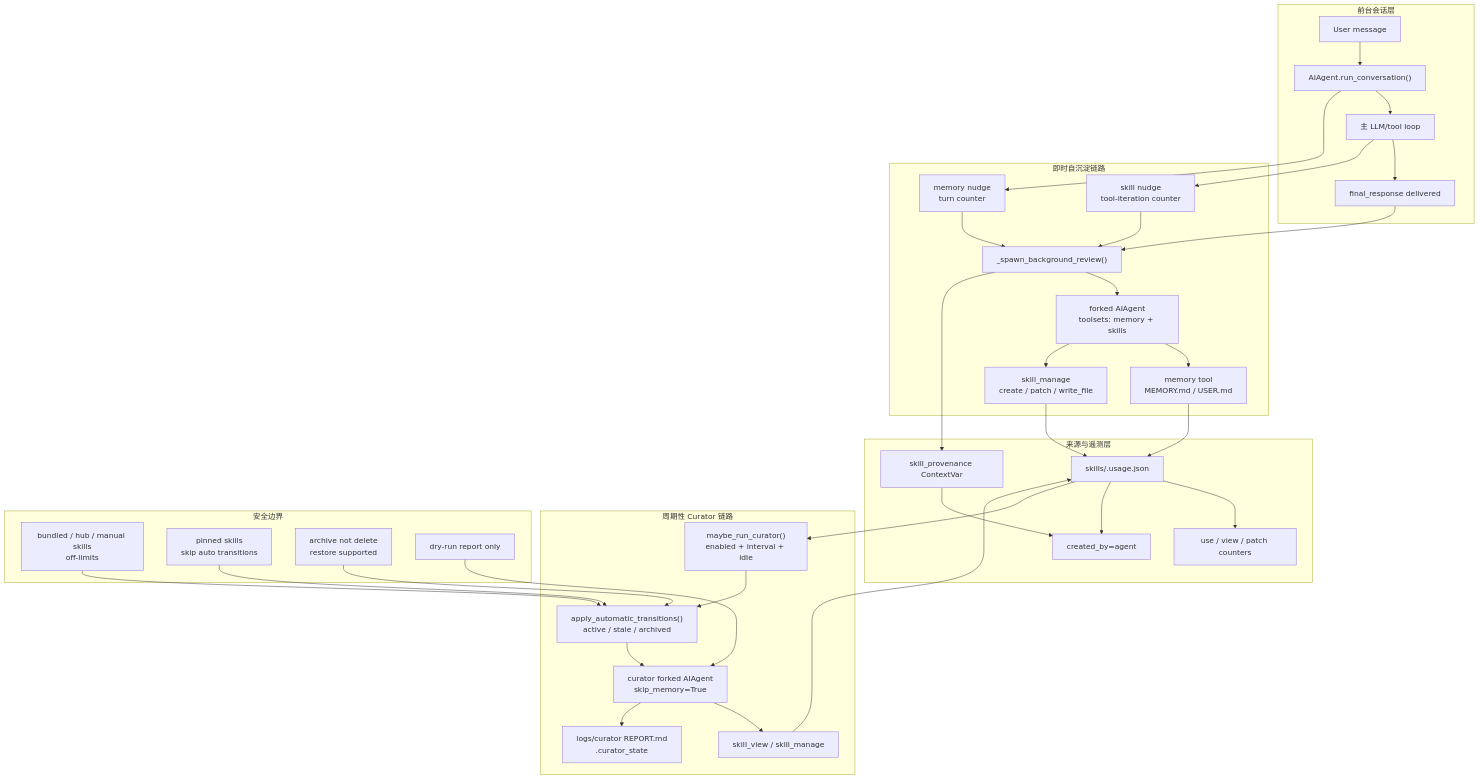
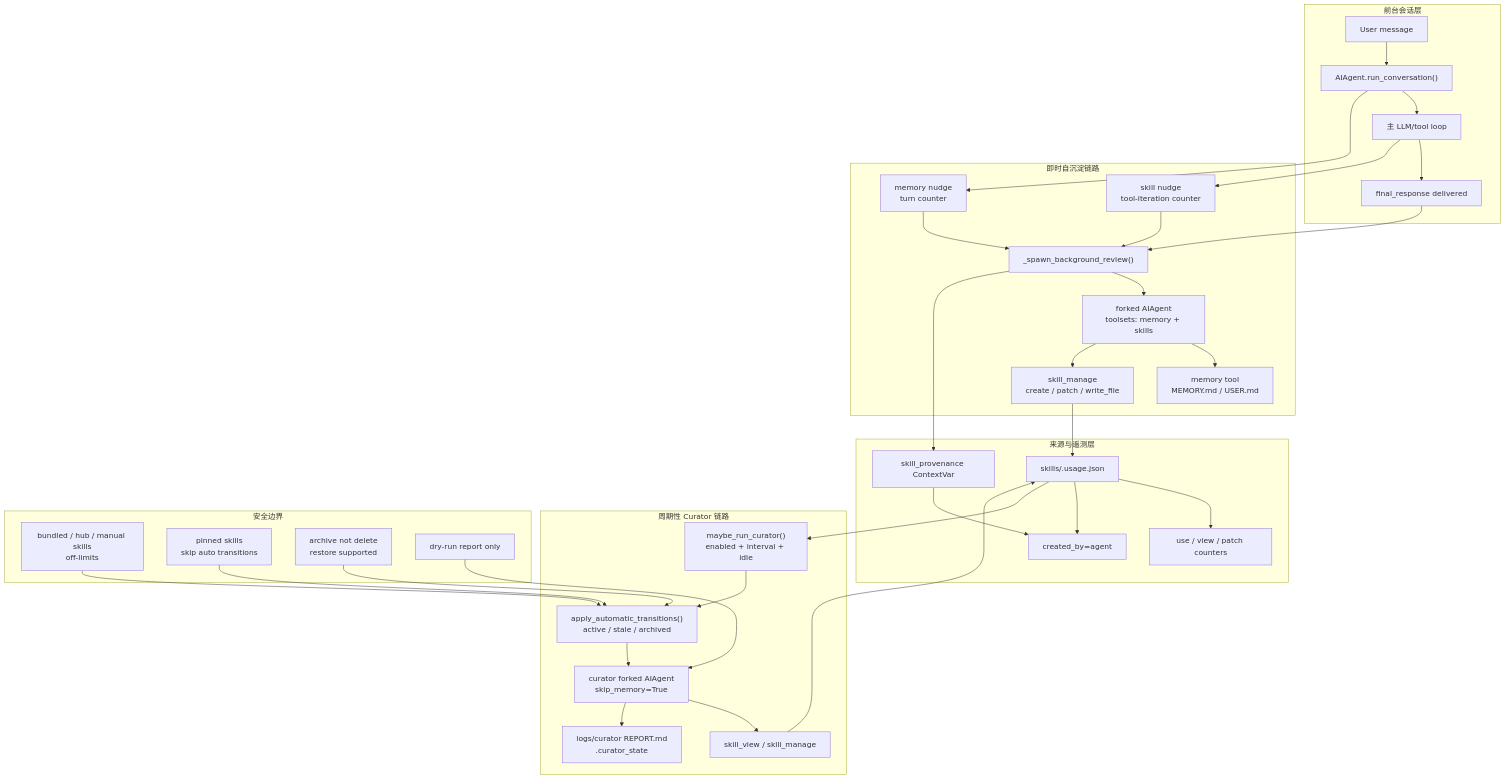
Before and after one commit to puchenglin/hermes-agent-analyze: the first of 4 diagrams in source_code_analyze/phase6_self_evolution_mechanism_analysis.md, drawn with Mermaid. The commit also changed 2 other files, not shown here.

````diff
--- a/source_code_analyze/phase6_self_evolution_mechanism_analysis.md
+++ b/source_code_analyze/phase6_self_evolution_mechanism_analysis.md
@@ -64,68 +64,67 @@
 ```mermaid
 flowchart TB
     subgraph Foreground["前台会话层"]
         User["User message"]
         MainAgent["AIAgent.run_conversation()"]
         MainLoop["主 LLM/tool loop"]
         FinalResponse["final_response delivered"]
     end
 
     subgraph ImmediateReview["即时自沉淀链路"]
         TriggerMemory["memory nudge<br/>turn counter"]
         TriggerSkill["skill nudge<br/>tool-iteration counter"]
         BgSpawn["_spawn_background_review()"]
         BgAgent["forked AIAgent<br/>toolsets: memory + skills"]
         MemoryTool["memory tool<br/>MEMORY.md / USER.md"]
         SkillManage["skill_manage<br/>create / patch / write_file"]
     end
 
     subgraph Provenance["来源与遥测层"]
         OriginCtx["skill_provenance ContextVar"]
         UsageSidecar["skills/.usage.json"]
         UsageCounters["use / view / patch counters"]
         AgentCreated["created_by=agent"]
     end
 
     subgraph CuratorLayer["周期性 Curator 链路"]
         CuratorGate["maybe_run_curator()<br/>enabled + interval + idle"]
         AutoTransitions["apply_automatic_transitions()<br/>active / stale / archived"]
         CuratorAgent["curator forked AIAgent<br/>skip_memory=True"]
         CuratorTools["skill_view / skill_manage"]
         Reports["logs/curator REPORT.md<br/>.curator_state"]
     end
 
     subgraph Safety["安全边界"]
         OffLimits["bundled / hub / manual skills<br/>off-limits"]
         Pinned["pinned skills<br/>skip auto transitions"]
         Archive["archive not delete<br/>restore supported"]
         DryRun["dry-run report only"]
     end
 
     User --> MainAgent --> MainLoop --> FinalResponse
     MainAgent --> TriggerMemory
     MainLoop --> TriggerSkill
     FinalResponse --> BgSpawn
     TriggerMemory --> BgSpawn
     TriggerSkill --> BgSpawn
     BgSpawn --> BgAgent
     BgAgent --> MemoryTool
     BgAgent --> SkillManage
     BgSpawn --> OriginCtx
     OriginCtx --> AgentCreated
     SkillManage --> UsageSidecar
-    MemoryTool --> UsageSidecar
     UsageSidecar --> UsageCounters
     UsageSidecar --> AgentCreated
 
     UsageSidecar --> CuratorGate
     CuratorGate --> AutoTransitions
     AutoTransitions --> CuratorAgent
     CuratorAgent --> CuratorTools
     CuratorTools --> UsageSidecar
     CuratorAgent --> Reports
 
     OffLimits --> AutoTransitions
     Pinned --> AutoTransitions
     Archive --> AutoTransitions
     DryRun --> CuratorAgent
 ```
````
